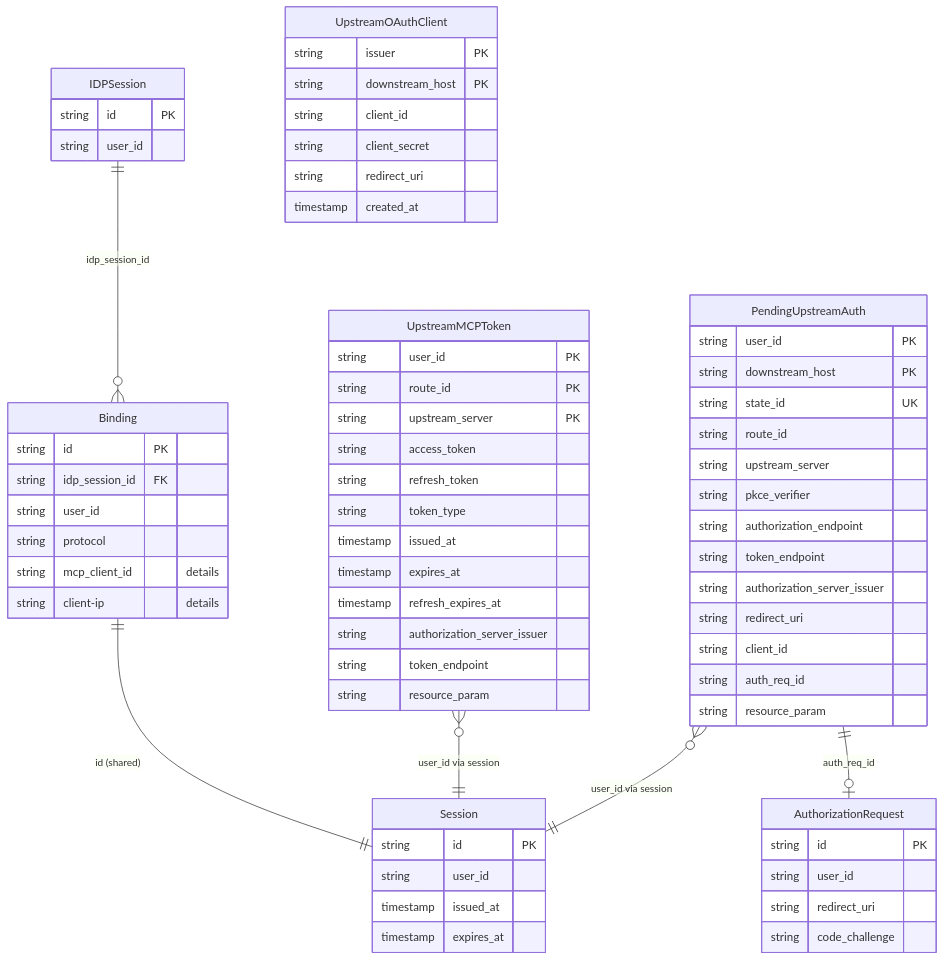
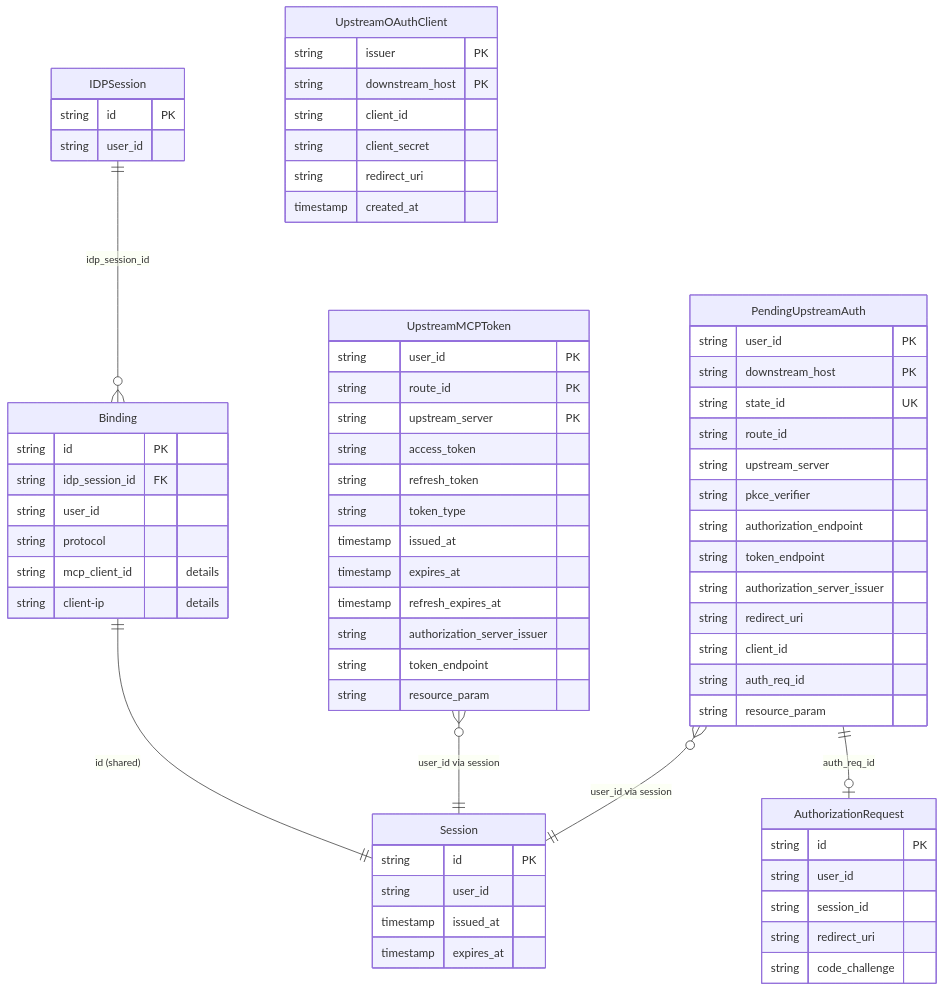
The tenth of 10 diagrams in internal/mcp/DESIGN.md (pomerium/pomerium), drawn with Mermaid before and after one commit. The commit also changed other lines of this file and 9 other files, not shown here.

````diff
--- a/internal/mcp/DESIGN.md
+++ b/internal/mcp/DESIGN.md
@@ -778,76 +800,77 @@
 ```mermaid
 erDiagram
     IDPSession {
         string id PK
         string user_id
     }
 
     Binding {
         string id PK
         string idp_session_id FK
         string user_id
         string protocol
         string mcp_client_id "details"
         string client-ip "details"
     }
 
     Session {
         string id PK
         string user_id
         timestamp issued_at
         timestamp expires_at
     }
 
     UpstreamMCPToken {
         string user_id PK
         string route_id PK
         string upstream_server PK
         string access_token
         string refresh_token
         string token_type
         timestamp issued_at
         timestamp expires_at
         timestamp refresh_expires_at
         string authorization_server_issuer
         string token_endpoint
         string resource_param
     }
 
     PendingUpstreamAuth {
         string user_id PK
         string downstream_host PK
         string state_id UK
         string route_id
         string upstream_server
         string pkce_verifier
         string authorization_endpoint
         string token_endpoint
         string authorization_server_issuer
         string redirect_uri
         string client_id
         string auth_req_id
         string resource_param
     }
 
     UpstreamOAuthClient {
         string issuer PK
         string downstream_host PK
         string client_id
         string client_secret
         string redirect_uri
         timestamp created_at
     }
 
     AuthorizationRequest {
         string id PK
         string user_id
+        string session_id
         string redirect_uri
         string code_challenge
     }
 
     IDPSession ||--o{ Binding : "idp_session_id"
     Binding ||--|| Session : "id (shared)"
     UpstreamMCPToken }o--|| Session : "user_id via session"
     PendingUpstreamAuth }o--|| Session : "user_id via session"
     PendingUpstreamAuth ||--o| AuthorizationRequest : "auth_req_id"
 ```
````
